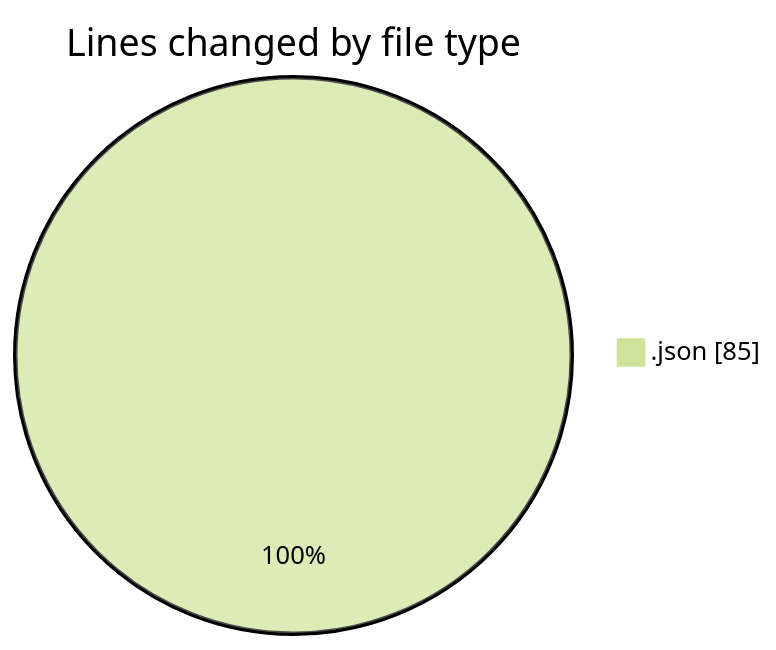
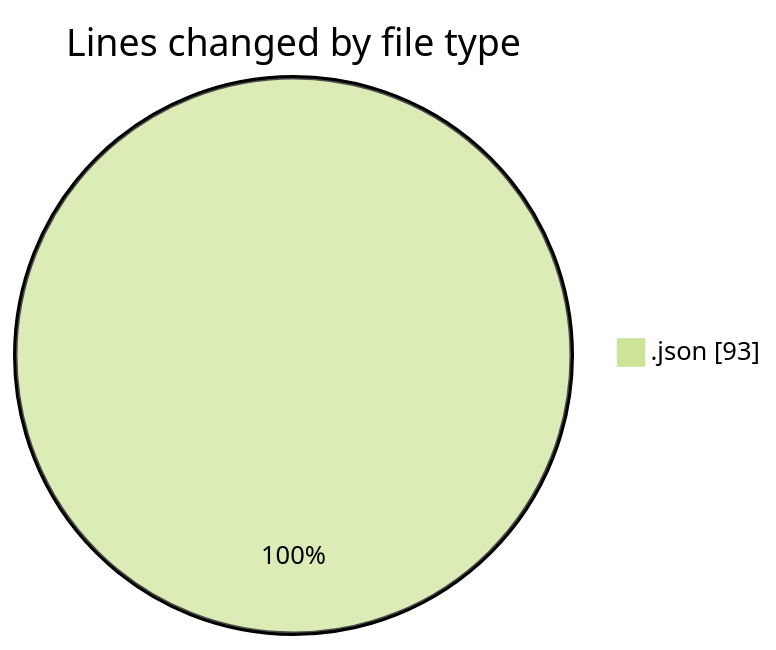
Before and after one commit to EIIisD/code-tracking: the first of 2 diagrams in 2025-08-03/macrowhisper/README.md, drawn with Mermaid (forest theme). The commit also changed other lines of this file and 1 other file, not shown here.

````diff
--- a/2025-08-03/macrowhisper/README.md
+++ b/2025-08-03/macrowhisper/README.md
@@ -20,5 +20,5 @@
 ```mermaid
 pie showData
 title Lines changed by file type
-".json" : 85
+".json" : 93
 ```
````
